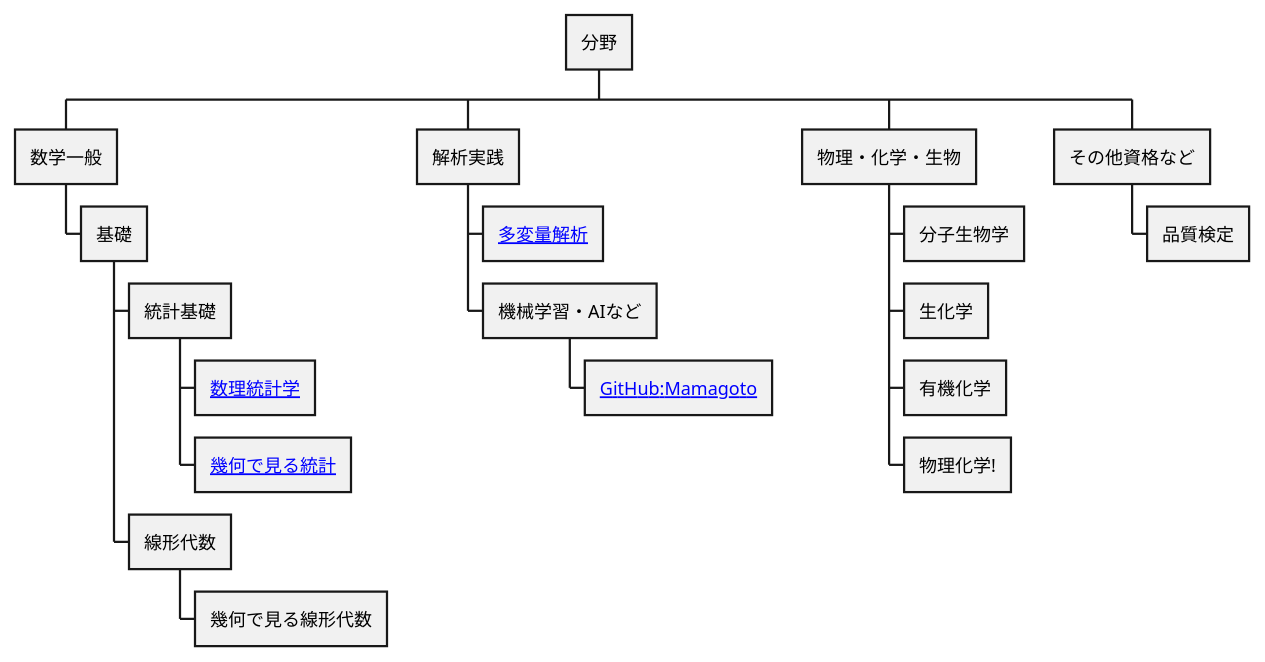
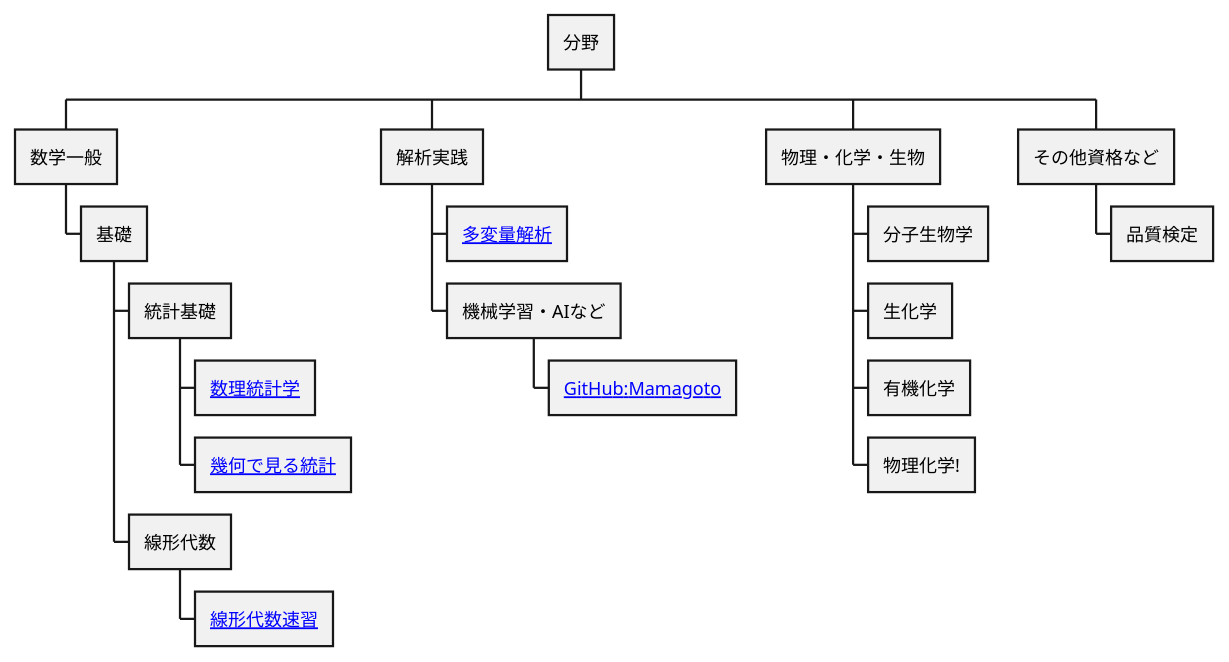
One commit to kaY-hR/MathNote changed the diagram in source/01_概要.md. Above: the diagram before and after it, drawn with PlantUML. The commit also changed 11 other files, not shown here.

````diff
--- a/source/01_概要.md
+++ b/source/01_概要.md
@@ -15,35 +15,35 @@
 ```plantuml
 @startwbs
 * 分野
 ** 数学一般
 *** 基礎
 **** 統計基礎
 ***** [[index.html?tab=02_数理統計学 数理統計学]]
 ***** [[index.html?tab=20_幾何で見る統計 幾何で見る統計]]
 **** 線形代数
-***** 幾何で見る線形代数
+***** [[index.html?tab=30_線形代数速習 線形代数速習]]
 ' **** 微分積分
 ' **** 集合と位相
 ' *** 解析
 ' **** ベクトル解析
 ' **** 解析学基礎
 ' **** 複素解析
 ' **** フーリエ解析
 ' *** ルベーグ積分
 ' *** 計算数理
 ' *** 偏微分方程式論
 ' *** 関数解析学
 ' *** スペクトル論
 ** 解析実践
 *** [[index.html?tab=10_多変量解析 多変量解析]]
 *** 機械学習・AIなど
 **** [[https://github.com/kaY-hR/Mamagoto GitHub:Mamagoto]]
 ** 物理・化学・生物
 *** 分子生物学
 *** 生化学
 *** 有機化学
 *** 物理化学!
 ** その他資格など
 *** 品質検定
 @endwbs
 ```
````
